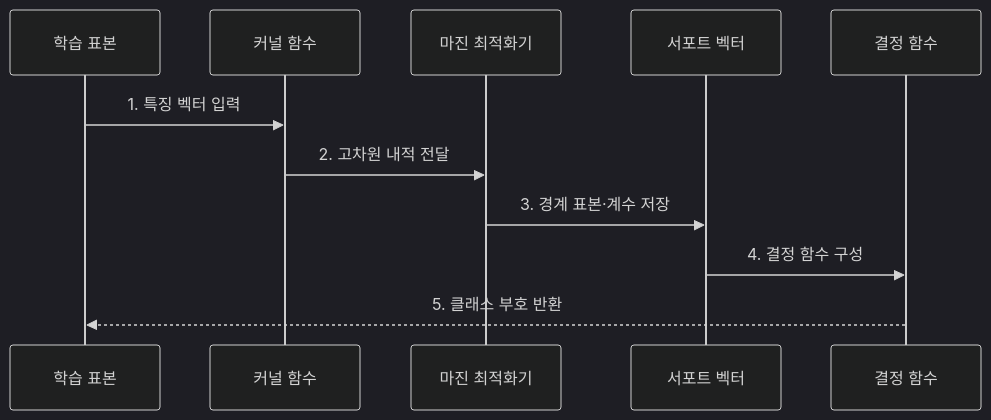
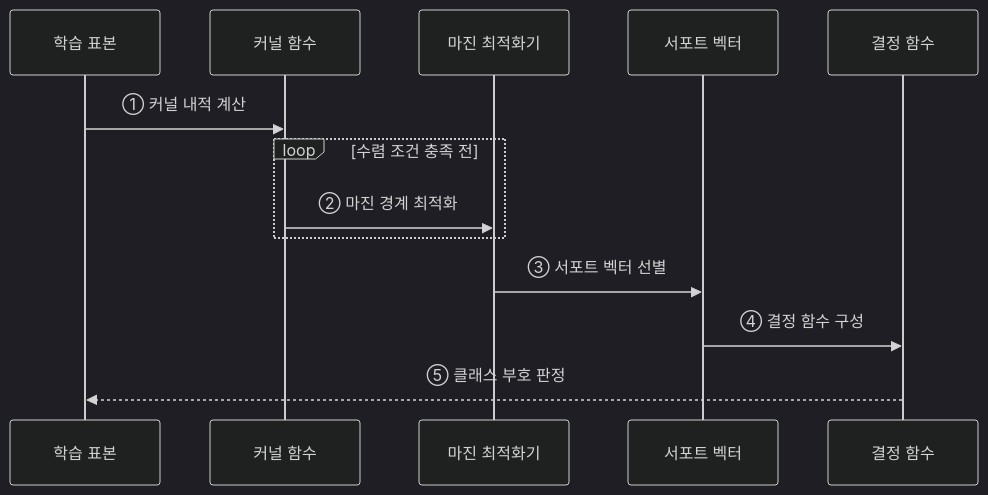
The third of 3 diagrams in src/content/docs/notes/01-basic-theory/050_svm.md (agnusdei1207/knowledge-base), drawn with Mermaid (dark theme) before and after one commit. The commit also changed other lines of this file and 22 other files, not shown here.

````diff
--- a/src/content/docs/notes/01-basic-theory/050_svm.md
+++ b/src/content/docs/notes/01-basic-theory/050_svm.md
@@ -77,13 +97,15 @@
 ```mermaid
 sequenceDiagram
     participant X as 학습 표본
     participant K as 커널 함수
     participant O as 마진 최적화기
     participant S as 서포트 벡터
     participant F as 결정 함수
-    X->>K: 1. 특징 벡터 입력
-    K->>O: 2. 고차원 내적 전달
-    O->>S: 3. 경계 표본·계수 저장
-    S->>F: 4. 결정 함수 구성
-    F-->>X: 5. 클래스 부호 반환
+    X->>K: ① 커널 내적 계산
+    loop 수렴 조건 충족 전
+        K->>O: ② 마진 경계 최적화
+    end
+    O->>S: ③ 서포트 벡터 선별
+    S->>F: ④ 결정 함수 구성
+    F-->>X: ⑤ 클래스 부호 판정
 ```
````
